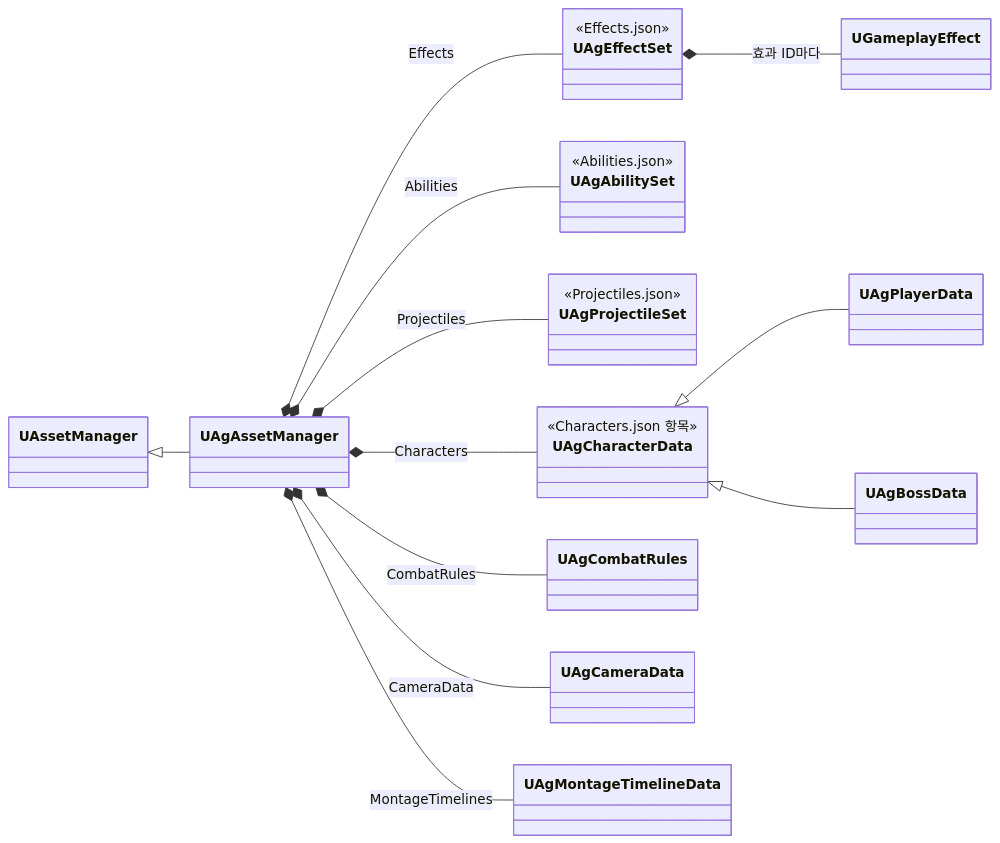
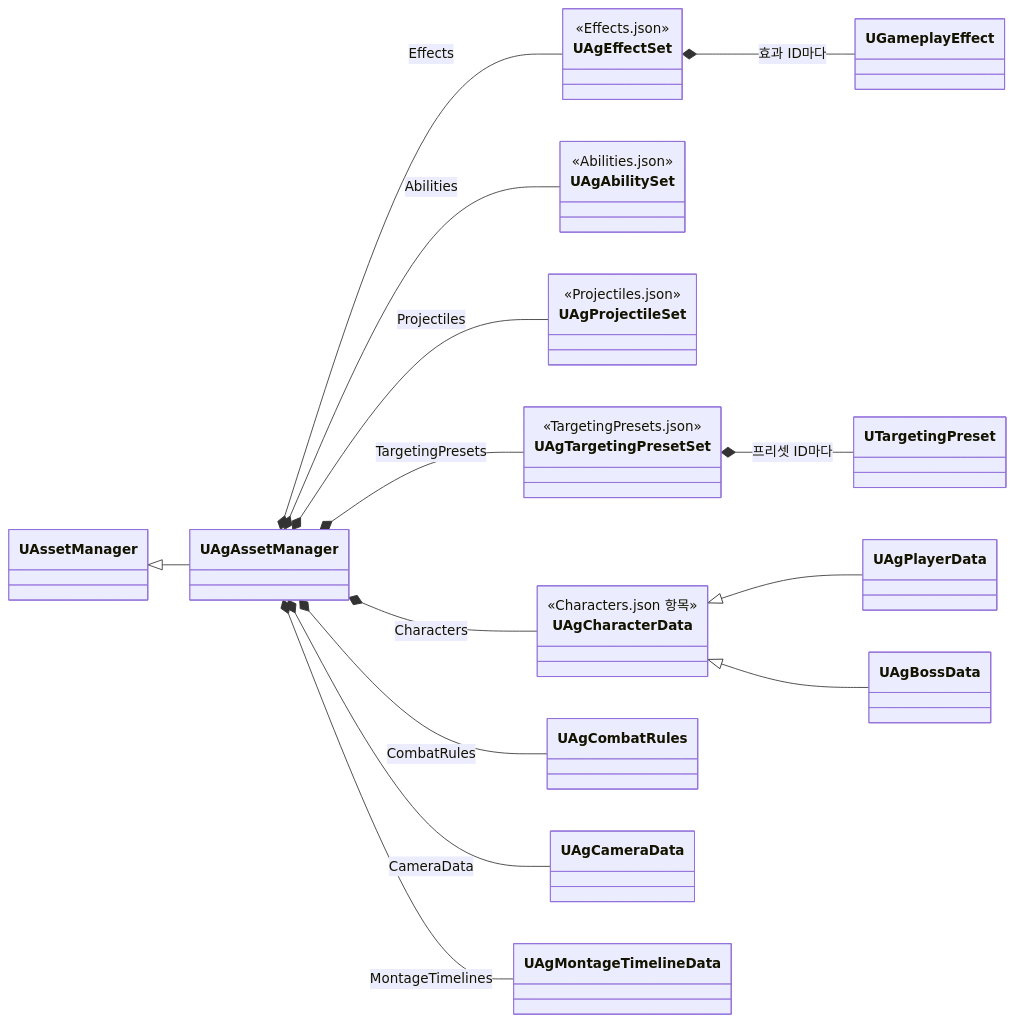
The second of 2 diagrams in Docs/Program/JSON 데이터.md (Woogl/Ag), drawn with Mermaid before and after one commit. The commit also changed other lines of this file and 51 other files, not shown here.

````diff
--- a/Docs/Program/JSON 데이터.md
+++ b/Docs/Program/JSON 데이터.md
@@ -211,27 +223,32 @@
 ```mermaid
 classDiagram
     direction LR
     class UAgEffectSet {
         <<Effects.json>>
     }
     class UAgAbilitySet {
         <<Abilities.json>>
     }
     class UAgProjectileSet {
         <<Projectiles.json>>
     }
+    class UAgTargetingPresetSet {
+        <<TargetingPresets.json>>
+    }
     class UAgCharacterData {
         <<Characters.json 항목>>
     }
     UAssetManager <|-- UAgAssetManager
     UAgAssetManager *-- UAgCombatRules : CombatRules
     UAgAssetManager *-- UAgCameraData : CameraData
     UAgAssetManager *-- UAgEffectSet : Effects
     UAgAssetManager *-- UAgProjectileSet : Projectiles
     UAgAssetManager *-- UAgMontageTimelineData : MontageTimelines
+    UAgAssetManager *-- UAgTargetingPresetSet : TargetingPresets
     UAgAssetManager *-- UAgAbilitySet : Abilities
     UAgAssetManager *-- UAgCharacterData : Characters
     UAgEffectSet *-- UGameplayEffect : 효과 ID마다
+    UAgTargetingPresetSet *-- UTargetingPreset : 프리셋 ID마다
     UAgCharacterData <|-- UAgPlayerData
     UAgCharacterData <|-- UAgBossData
 ```
````
